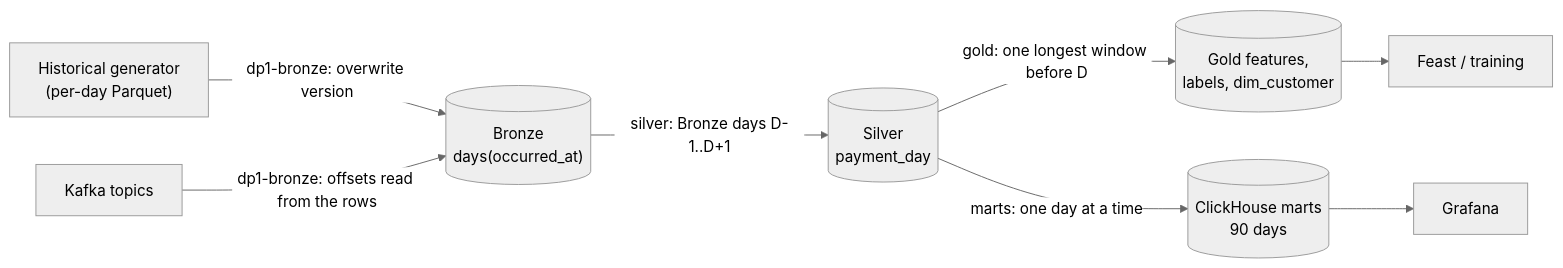
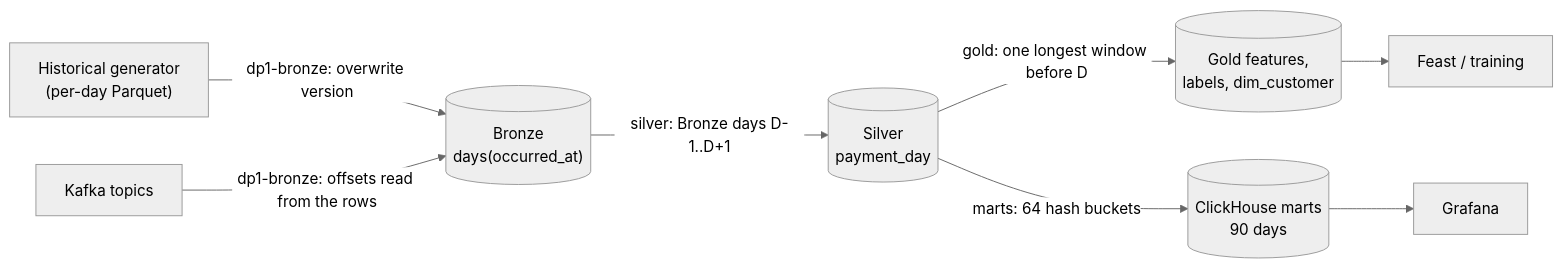
The first of 3 diagrams in docs/data/offline.md (phuchoang2603/payment-gateway-fraud-detection), drawn with Mermaid (neutral theme) before and after one commit. The commit also changed other lines of this file and 6 other files, not shown here.

````diff
--- a/docs/data/offline.md
+++ b/docs/data/offline.md
@@ -44,10 +44,10 @@
 ```mermaid
 flowchart LR
     gen["Historical generator<br/>(per-day Parquet)"] -->|"dp1-bronze: overwrite version"| bronze
     kafka["Kafka topics"] -->|"dp1-bronze: offsets read from the rows"| bronze
     bronze[("Bronze<br/>days(occurred_at)")] -->|"silver: Bronze days D-1..D+1"| silver
     silver[("Silver<br/>payment_day")] -->|"gold: one longest window before D"| gold[("Gold features,<br/>labels, dim_customer")]
-    silver -->|"marts: one day at a time"| marts[("ClickHouse marts<br/>90 days")]
+    silver -->|"marts: 64 hash buckets"| marts[("ClickHouse marts<br/>90 days")]
     gold --> feast["Feast / training"]
     marts --> grafana["Grafana"]
 ```
````
